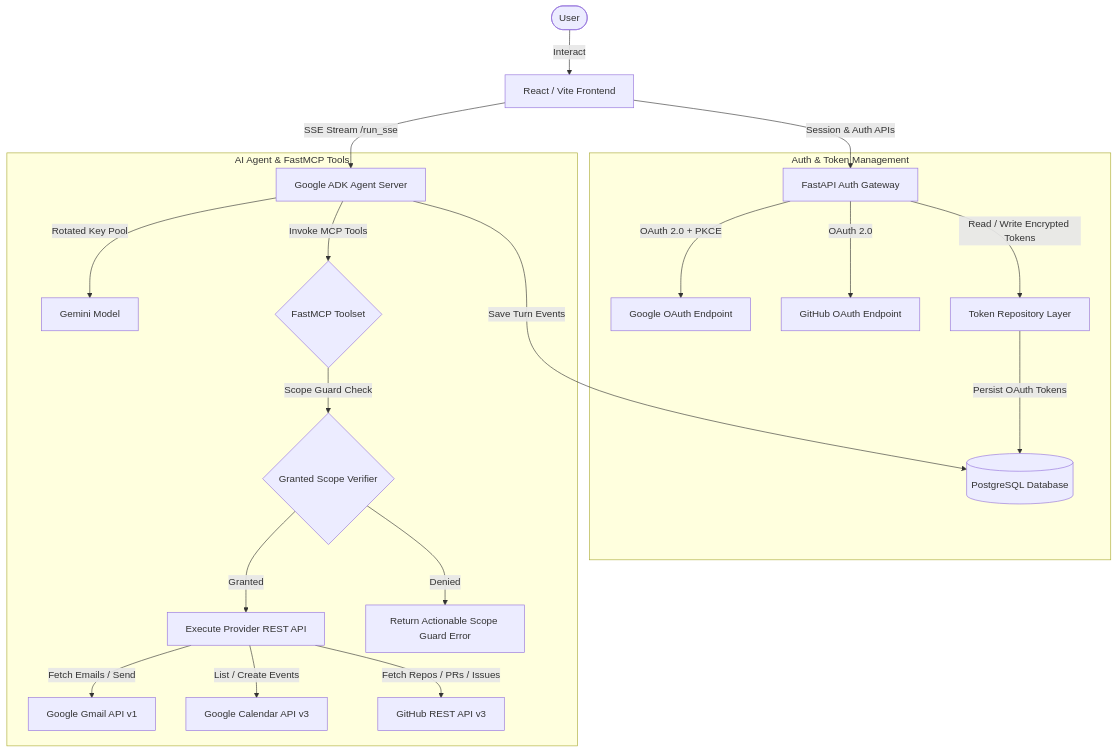
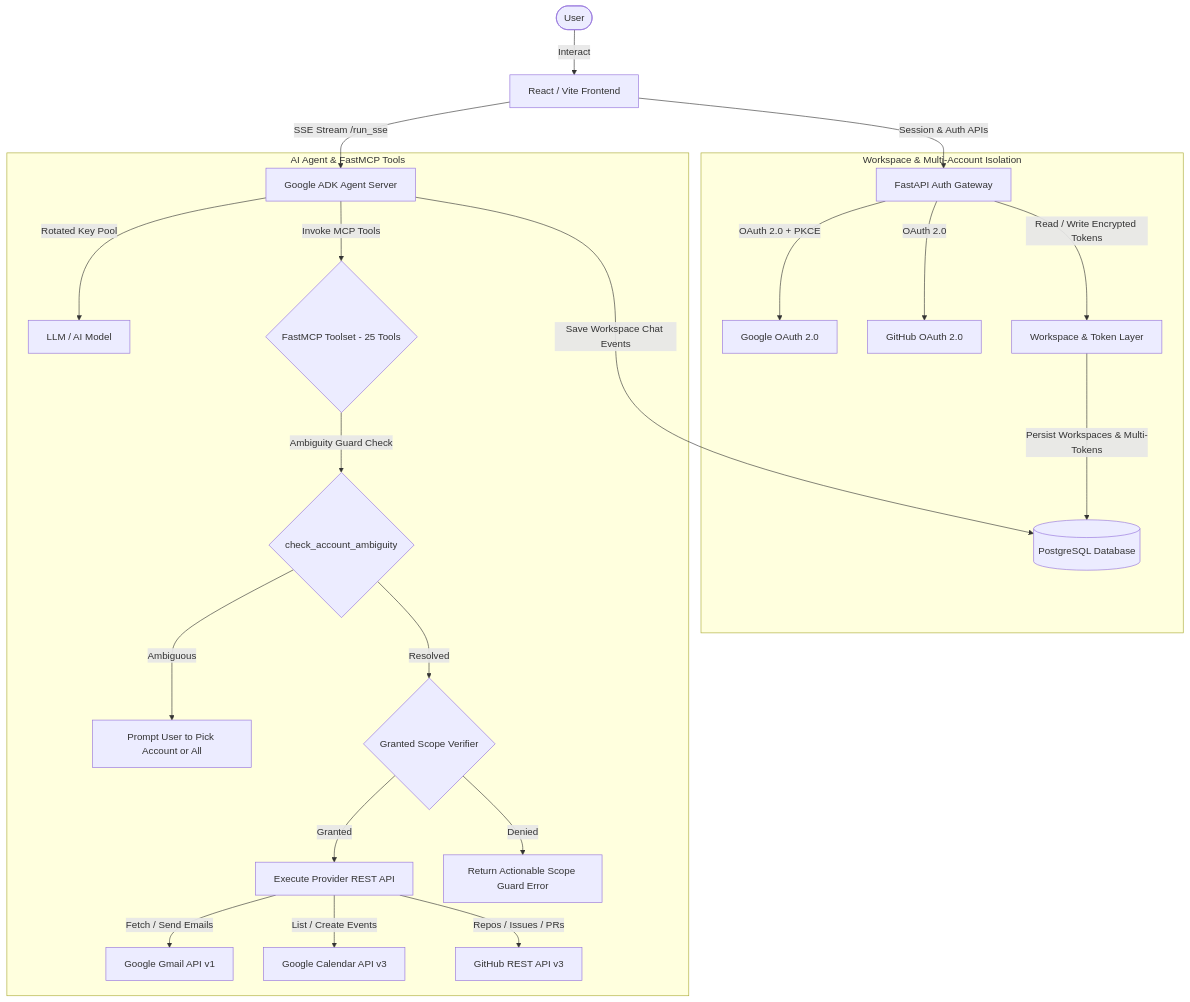
One commit to Nikhil-Maheshwari-10/mcp-auth changed the diagram in README.md. Above: the diagram before and after it, drawn with Mermaid. The commit also changed other lines of this file, not shown here.

Commit message:
docs: update README with multi-workspace architecture, account isolation features, and toolset documentation

````diff
--- a/README.md
+++ b/README.md
@@ -9,27 +11,30 @@
 ```mermaid
 graph TD
     User([User]) -->|Interact| UI[React / Vite Frontend]
     UI -->|Session & Auth APIs| API[FastAPI Auth Gateway]
     UI -->|SSE Stream /run_sse| ADK[Google ADK Agent Server]
 
-    subgraph Auth & Token Management
-        API -->|OAuth 2.0 + PKCE| GoogleOAuth[Google OAuth Endpoint]
-        API -->|OAuth 2.0| GitHubOAuth[GitHub OAuth Endpoint]
-        API -->|Read / Write Encrypted Tokens| TokenRepo[Token Repository Layer]
-        TokenRepo -->|Persist OAuth Tokens| DB[(PostgreSQL Database)]
+    subgraph WorkspaceIsolation["Workspace & Multi-Account Isolation"]
+        API -->|OAuth 2.0 + PKCE| GoogleOAuth[Google OAuth 2.0]
+        API -->|OAuth 2.0| GitHubOAuth[GitHub OAuth 2.0]
+        API -->|Read / Write Encrypted Tokens| WorkspaceRepo[Workspace & Token Layer]
+        WorkspaceRepo -->|Persist Workspaces & Multi-Tokens| DB[(PostgreSQL Database)]
     end
 
-    subgraph AI Agent & FastMCP Tools
-        ADK -->|Rotated Key Pool| Gemini[Gemini Model]
-        ADK -->|Invoke MCP Tools| Tools{FastMCP Toolset}
-        Tools -->|Scope Guard Check| ScopeCheck{Granted Scope Verifier}
-        ScopeCheck -- Granted --> ToolExec[Execute Provider REST API]
-        ScopeCheck -- Denied --> GuardErr[Return Actionable Scope Guard Error]
+    subgraph AgentTools["AI Agent & FastMCP Tools"]
+        ADK -->|Rotated Key Pool| Model[LLM / AI Model]
+        ADK -->|Invoke MCP Tools| Tools{FastMCP Toolset - 25 Tools}
+        Tools -->|Ambiguity Guard Check| AmbiguityCheck{check_account_ambiguity}
+        AmbiguityCheck -->|Ambiguous| AskUser["Prompt User to Pick Account or All"]
+        AmbiguityCheck -->|Resolved| ScopeCheck{Granted Scope Verifier}
 
-        ToolExec -->|Fetch Emails / Send| GmailAPI[Google Gmail API v1]
+        ScopeCheck -->|Granted| ToolExec[Execute Provider REST API]
+        ScopeCheck -->|Denied| GuardErr[Return Actionable Scope Guard Error]
+
+        ToolExec -->|Fetch / Send Emails| GmailAPI[Google Gmail API v1]
         ToolExec -->|List / Create Events| CalAPI[Google Calendar API v3]
-        ToolExec -->|Fetch Repos / PRs / Issues| GitHubAPI[GitHub REST API v3]
+        ToolExec -->|Repos / Issues / PRs| GitHubAPI[GitHub REST API v3]
     end
 
-    ADK -->|Save Turn Events| DB
+    ADK -->|Save Workspace Chat Events| DB
 ```
````
